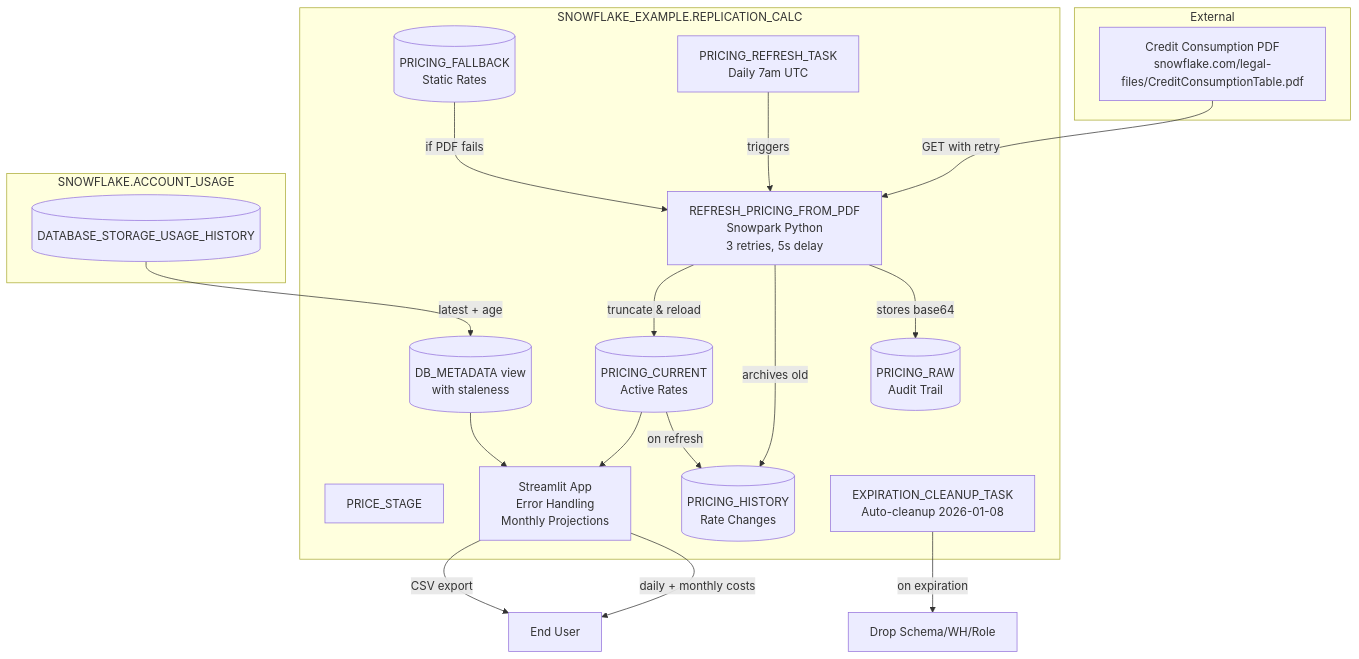
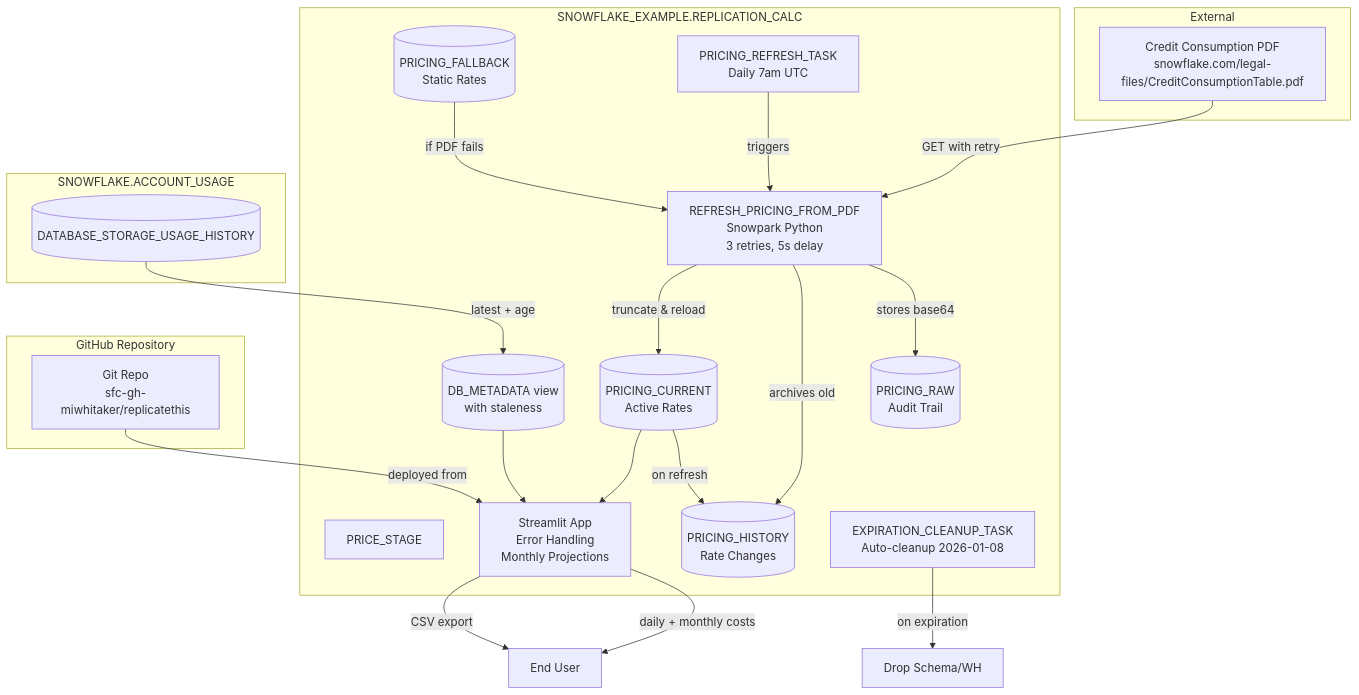
One commit to sfc-gh-miwhitaker/replicatethis changed the diagram in diagrams/data-flow.md. Above: the diagram before and after it, drawn with Mermaid. The commit also changed other lines of this file and 18 other files, not shown here.

````diff
--- a/diagrams/data-flow.md
+++ b/diagrams/data-flow.md
@@ -14,35 +14,39 @@
 ```mermaid
 graph TB
   subgraph "External"
     PDF[Credit Consumption PDF<br/>snowflake.com/legal-files/CreditConsumptionTable.pdf]
   end
   subgraph "SNOWFLAKE_EXAMPLE.REPLICATION_CALC"
     Stage[PRICE_STAGE]
     Raw[(PRICING_RAW<br/>Audit Trail)]
     Fallback[(PRICING_FALLBACK<br/>Static Rates)]
     History[(PRICING_HISTORY<br/>Rate Changes)]
     Proc[REFRESH_PRICING_FROM_PDF<br/>Snowpark Python<br/>3 retries, 5s delay]
     Current[(PRICING_CURRENT<br/>Active Rates)]
     DBMeta[(DB_METADATA view<br/>with staleness)]
     Streamlit[Streamlit App<br/>Error Handling<br/>Monthly Projections]
     Task1[PRICING_REFRESH_TASK<br/>Daily 7am UTC]
     Task2[EXPIRATION_CLEANUP_TASK<br/>Auto-cleanup 2026-01-08]
   end
   subgraph "SNOWFLAKE.ACCOUNT_USAGE"
     DBUsage[(DATABASE_STORAGE_USAGE_HISTORY)]
   end
+  subgraph "GitHub Repository"
+    GitRepo[Git Repo<br/>sfc-gh-miwhitaker/replicatethis]
+  end
 
+  GitRepo -->|deployed from| Streamlit
   PDF -->|GET with retry| Proc
   Proc -->|stores base64| Raw
   Proc -->|archives old| History
   Current -->|on refresh| History
   Fallback -->|if PDF fails| Proc
   Proc -->|truncate & reload| Current
   DBUsage -->|latest + age| DBMeta
   DBMeta --> Streamlit
   Current --> Streamlit
   Streamlit -->|daily + monthly costs| User[End User]
   Streamlit -->|CSV export| User
   Task1 -->|triggers| Proc
-  Task2 -->|on expiration| Cleanup[Drop Schema/WH/Role]
+  Task2 -->|on expiration| Cleanup[Drop Schema/WH]
 ```
````
